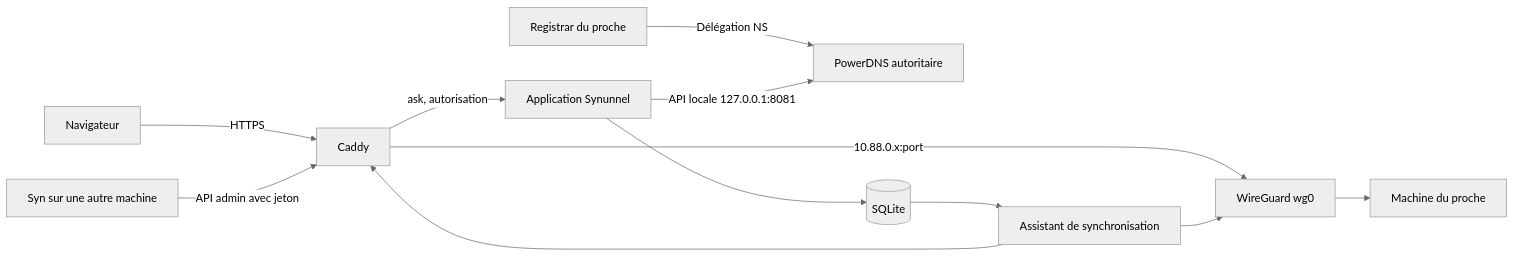
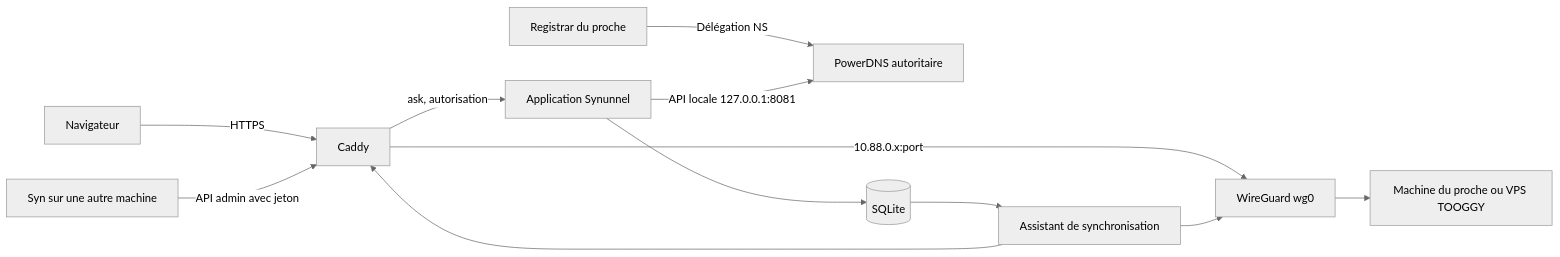
Before and after one commit to ludovicsanchez38-creator/synunnel: the diagram in docs/ARCHITECTURE.md, drawn with Mermaid (neutral theme). The commit also changed other lines of this file and 21 other files, not shown here.

````diff
--- a/docs/ARCHITECTURE.md
+++ b/docs/ARCHITECTURE.md
@@ -5,14 +5,14 @@
 ```mermaid
 flowchart LR
     R[Registrar du proche] -->|Délégation NS| P[PowerDNS autoritaire]
     B[Navigateur] -->|HTTPS| C[Caddy]
     C -->|ask, autorisation| A[Application Synunnel]
     C -->|10.88.0.x:port| W[WireGuard wg0]
-    W --> M[Machine du proche]
+    W --> M[Machine du proche ou VPS TOOGGY]
     A -->|API locale 127.0.0.1:8081| P
     A --> D[(SQLite)]
     D --> H[Assistant de synchronisation]
     H --> C
     H --> W
     S[Syn sur une autre machine] -->|API admin avec jeton| C
 ```
````
